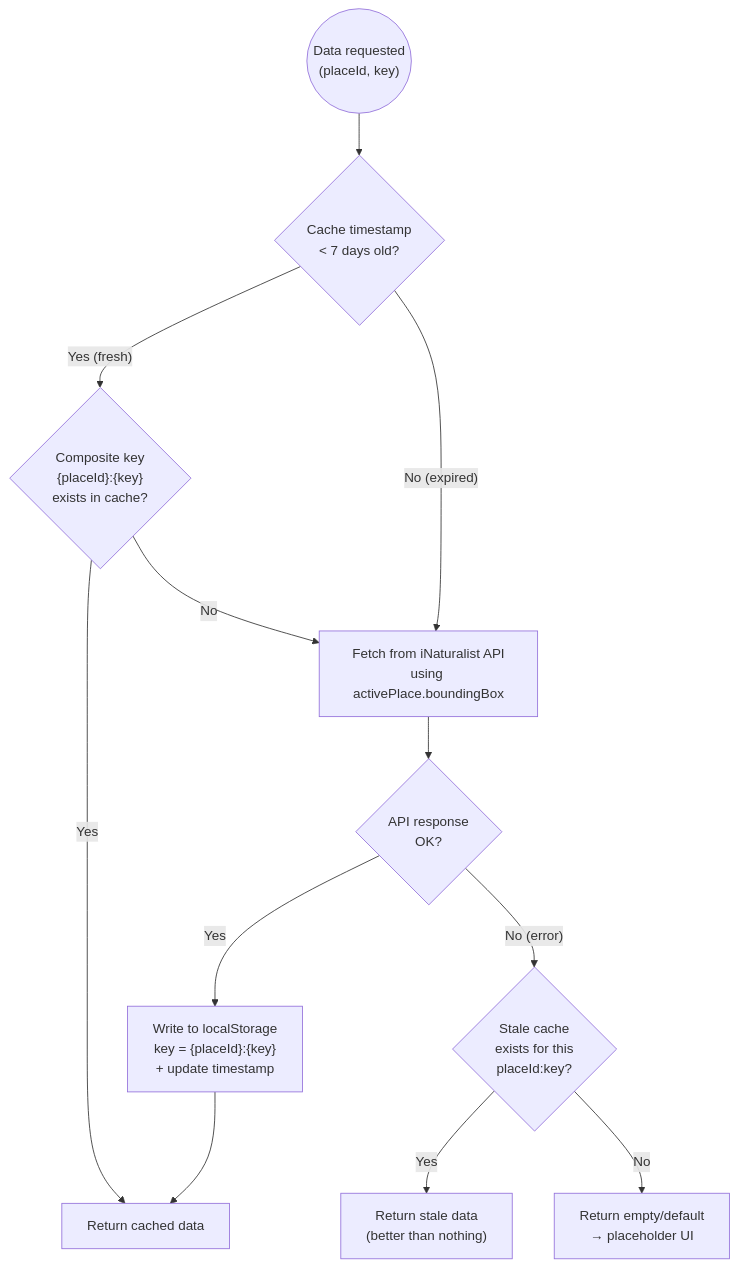
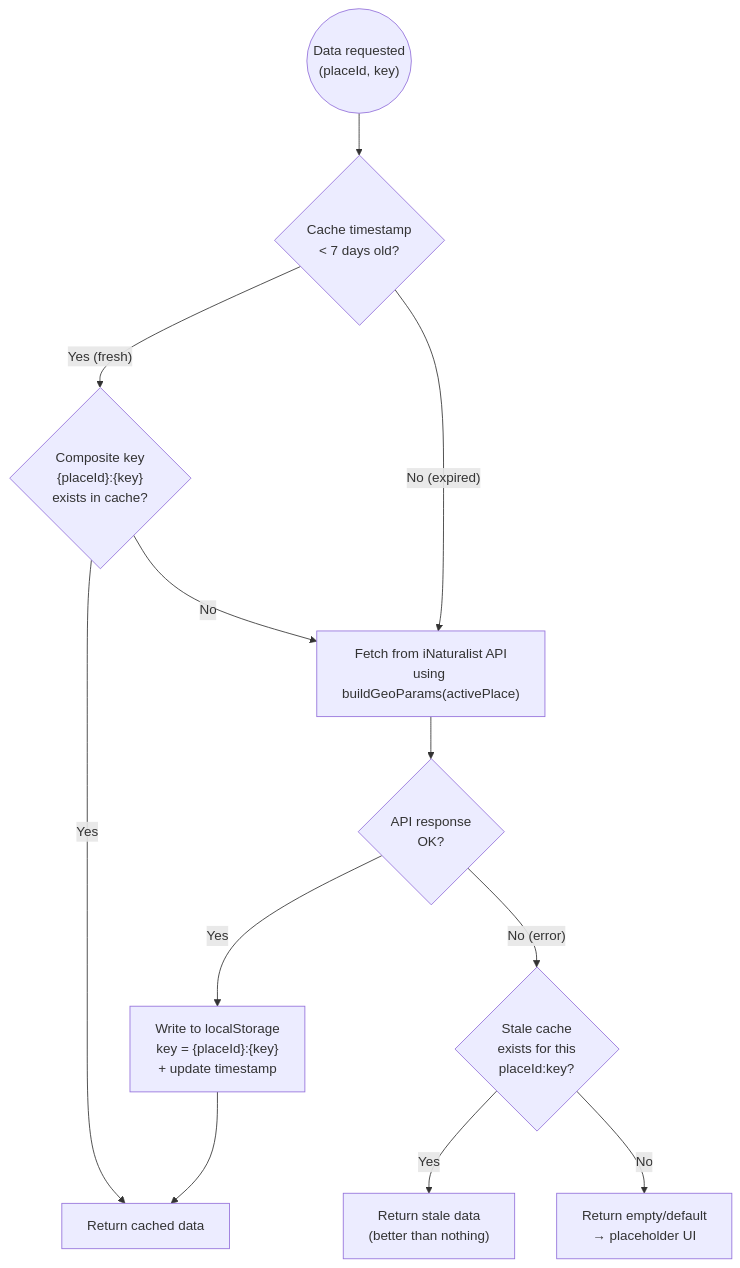
Before and after one commit to chetanddesai/native-habitat-planner: the eighth of 8 diagrams in docs/tech-design.md, drawn with Mermaid. The commit also changed other lines of this file and 4 other files, not shown here.

````diff
--- a/docs/tech-design.md
+++ b/docs/tech-design.md
@@ -544,25 +545,25 @@
 ```mermaid
 flowchart TB
     START(("Data requested<br/>(placeId, key)"))
     CHECK_TS{"Cache timestamp<br/>< 7 days old?"}
     CHECK_KEY{"Composite key<br/>{placeId}:{key}<br/>exists in cache?"}
     RETURN_CACHED["Return cached data"]
-    FETCH["Fetch from iNaturalist API<br/>using activePlace.boundingBox"]
+    FETCH["Fetch from iNaturalist API<br/>using buildGeoParams(activePlace)"]
     WRITE["Write to localStorage<br/>key = {placeId}:{key}<br/>+ update timestamp"]
     API_OK{"API response<br/>OK?"}
     FALLBACK{"Stale cache<br/>exists for this<br/>placeId:key?"}
     RETURN_STALE["Return stale data<br/>(better than nothing)"]
     RETURN_EMPTY["Return empty/default<br/>→ placeholder UI"]
 
     START --> CHECK_TS
     CHECK_TS -- "Yes (fresh)" --> CHECK_KEY
     CHECK_TS -- "No (expired)" --> FETCH
     CHECK_KEY -- "Yes" --> RETURN_CACHED
     CHECK_KEY -- "No" --> FETCH
     FETCH --> API_OK
     API_OK -- "Yes" --> WRITE
     WRITE --> RETURN_CACHED
     API_OK -- "No (error)" --> FALLBACK
     FALLBACK -- "Yes" --> RETURN_STALE
     FALLBACK -- "No" --> RETURN_EMPTY
 ```
````
